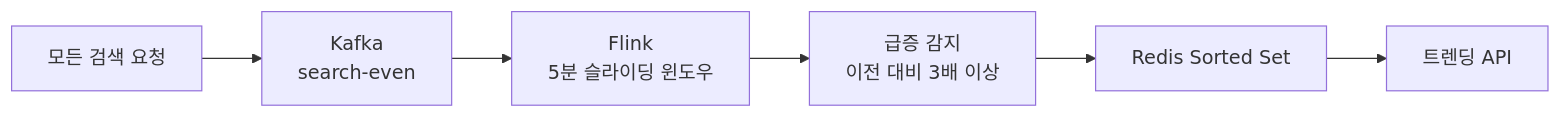
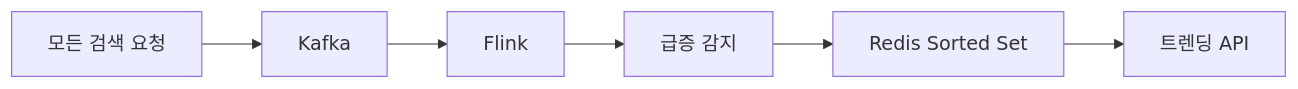
Before and after one commit to yjkim2015/yjkim2015.github.io: the fourth of 5 diagrams in _posts/systemdesign/2026-05-02-system-design-search.md, drawn with Mermaid. The commit also changed other lines of this file and 217 other files, not shown here.

First line of the commit message:
Mermaid 크기 수정: useMaxWidth:true + SVG max-width:100% + 라벨 축소

````diff
--- a/_posts/systemdesign/2026-05-02-system-design-search.md
+++ b/_posts/systemdesign/2026-05-02-system-design-search.md
@@ -382,8 +382,8 @@
 ```mermaid
 graph LR
-    Searches["모든 검색 요청"] --> Kafka["Kafka\nsearch-even"]
-    Kafka --> Flink["Flink\n5분 슬라이딩 윈도우"]
-    Flink --> TrendCalc["급증 감지\n이전 대비 3배 이상"]
-    TrendCalc --> Redis["Redis Sorted Set\n"]
+    Searches["모든 검색 요청"] --> Kafka["Kafka"]
+    Kafka --> Flink["Flink"]
+    Flink --> TrendCalc["급증 감지"]
+    TrendCalc --> Redis["Redis Sorted Set"]
     Redis --> API["트렌딩 API"]
 ```
````
